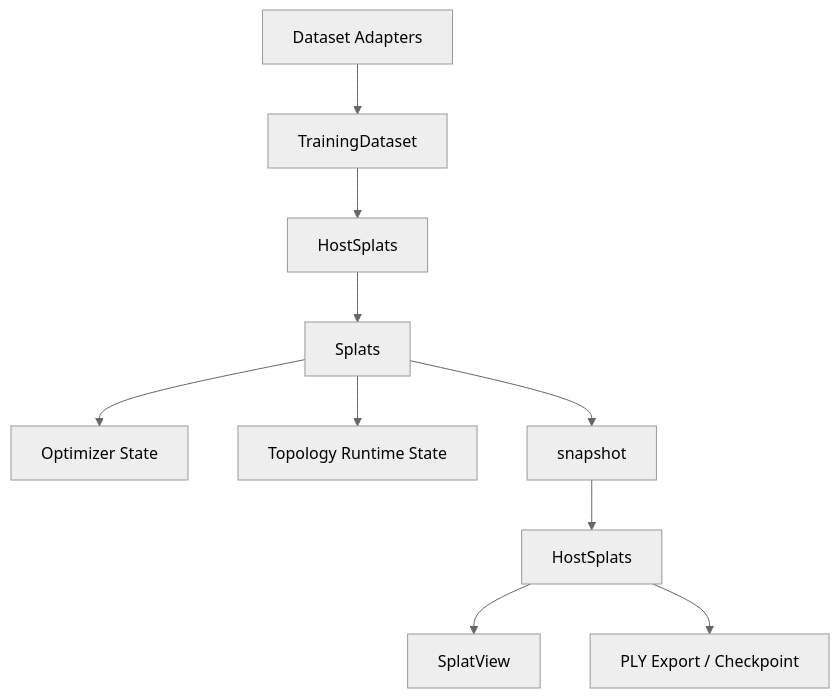
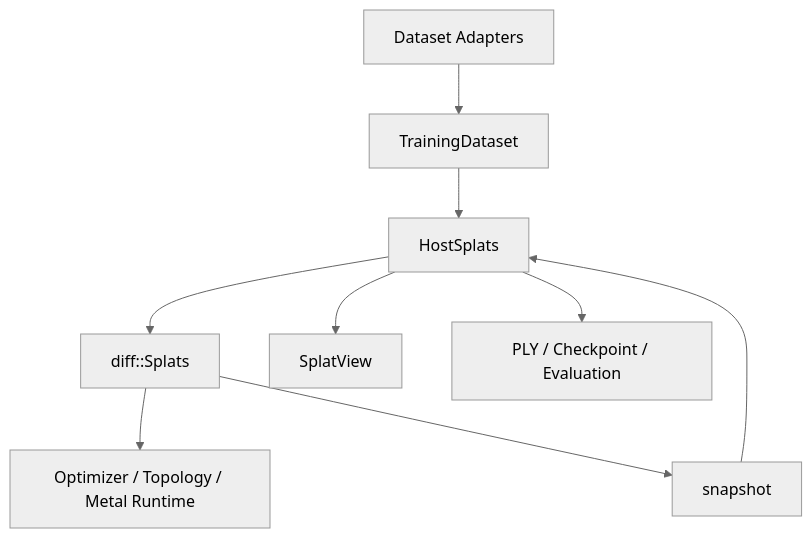
One commit to sukie91/RustScan changed the diagram in RustGS/docs/plans/2026-04-09-rustgs-soa-splat-architecture-proposal.md. Above: the diagram before and after it, drawn with Mermaid (neutral theme). The commit also changed other lines of this file and 35 other files, not shown here.

````diff
--- a/RustGS/docs/plans/2026-04-09-rustgs-soa-splat-architecture-proposal.md
+++ b/RustGS/docs/plans/2026-04-09-rustgs-soa-splat-architecture-proposal.md
@@ -181,12 +29,11 @@
 ```mermaid
 flowchart TD
     A[Dataset Adapters] --> B[TrainingDataset]
     B --> C[HostSplats]
-    C --> D[Splats]
-    D --> E[Optimizer State]
-    D --> F[Topology Runtime State]
-    D --> G[snapshot]
-    G --> H[HostSplats]
-    H --> I[SplatView]
-    H --> J[PLY Export / Checkpoint]
+    C --> D[diff::Splats]
+    D --> E[Optimizer / Topology / Metal Runtime]
+    D --> F[snapshot]
+    F --> C
+    C --> G[SplatView]
+    C --> H[PLY / Checkpoint / Evaluation]
 ```
````
